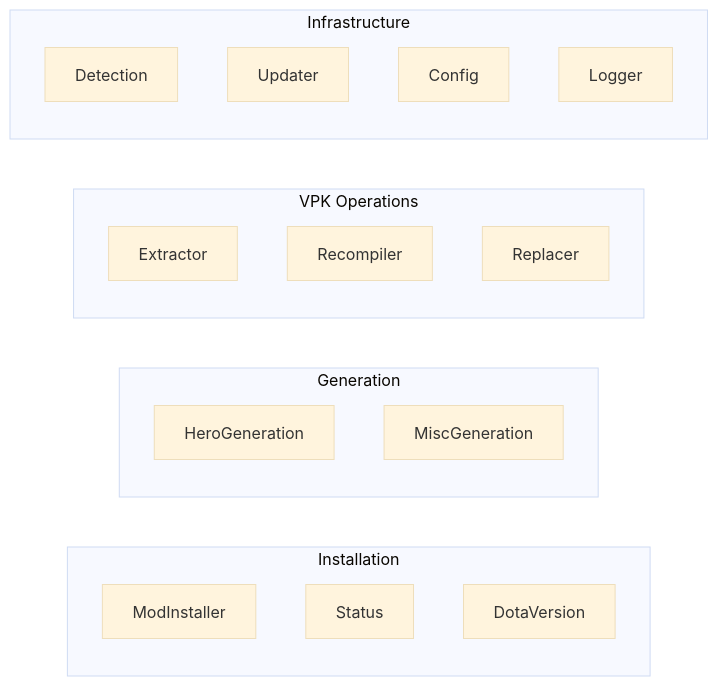
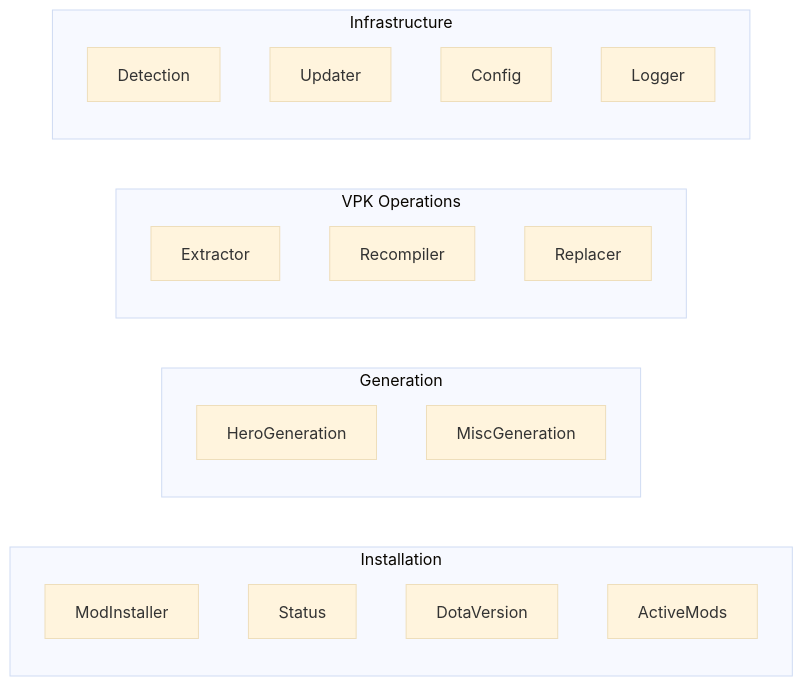
The first of 3 diagrams in docs/developer/api/services.md (Anneardysa/ArdysaModsTools), drawn with Mermaid (base theme) before and after one commit. The commit also changed other lines of this file and 12 other files, not shown here.

Commit message:
2.1.12-beta | Feature | Add ActiveModsService and comprehensive API documentation | 2088

````diff
--- a/docs/developer/api/services.md
+++ b/docs/developer/api/services.md
@@ -9,26 +9,27 @@
 ```mermaid
 graph LR
     subgraph "Installation"
         MIS[ModInstaller]
         SS[Status]
         DVS[DotaVersion]
+        AMS[ActiveMods]
     end
 
     subgraph "Generation"
         HGS[HeroGeneration]
         MGS[MiscGeneration]
     end
 
     subgraph "VPK Operations"
         VE[Extractor]
         VR[Recompiler]
         VRep[Replacer]
     end
 
     subgraph "Infrastructure"
         DS[Detection]
         US[Updater]
         CS[Config]
         LS[Logger]
     end
 ```
````
